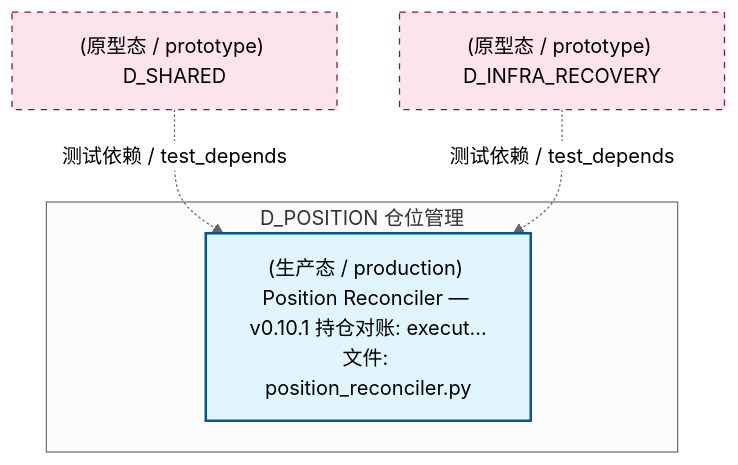
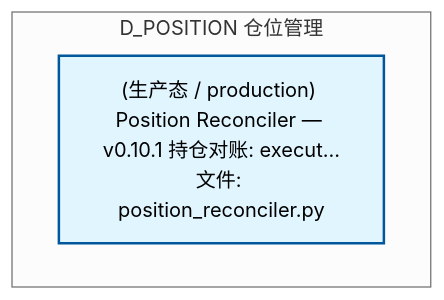
The first of 2 diagrams in docs/02_enterprise_architecture/02_domain_architecture_docs/53_d_position.md (xuanFelixVan/ZephyrAlpha), drawn with Mermaid (neutral theme) before and after one commit. The commit also changed other lines of this file and 126 other files, not shown here.

````diff
--- a/docs/02_enterprise_architecture/02_domain_architecture_docs/53_d_position.md
+++ b/docs/02_enterprise_architecture/02_domain_architecture_docs/53_d_position.md
@@ -101,16 +63,11 @@
 ```mermaid
 graph TD
     subgraph D_POSITION["D_POSITION 仓位管理"]
         src_zephyr_position_position_reconciler_py["(生产态 / production) Position Reconciler — v0.10.1 持仓对账: execut...<br/>文件: position_reconciler.py"]
     end
-    D_SHARED["(原型态 / prototype) D_SHARED"]
-    D_SHARED -.->|测试依赖 / test_depends| src_zephyr_position_position_reconciler_py
-    D_INFRA_RECOVERY["(原型态 / prototype) D_INFRA_RECOVERY"]
-    D_INFRA_RECOVERY -.->|测试依赖 / test_depends| src_zephyr_position_position_reconciler_py
     classDef production fill:#e1f5fe,stroke:#01579b,stroke-width:2px,color:#000
     classDef design fill:#fff3e0,stroke:#e65100,stroke-width:2px,color:#000,stroke-dasharray: 5 5
     classDef external_prod fill:#e8f5e9,stroke:#1b5e20,stroke-width:1px,color:#000
     classDef external_design fill:#fce4ec,stroke:#880e4f,stroke-width:1px,color:#000,stroke-dasharray: 5 5
     class src_zephyr_position_position_reconciler_py production
-    class D_SHARED,D_INFRA_RECOVERY external_design
 ```
````
